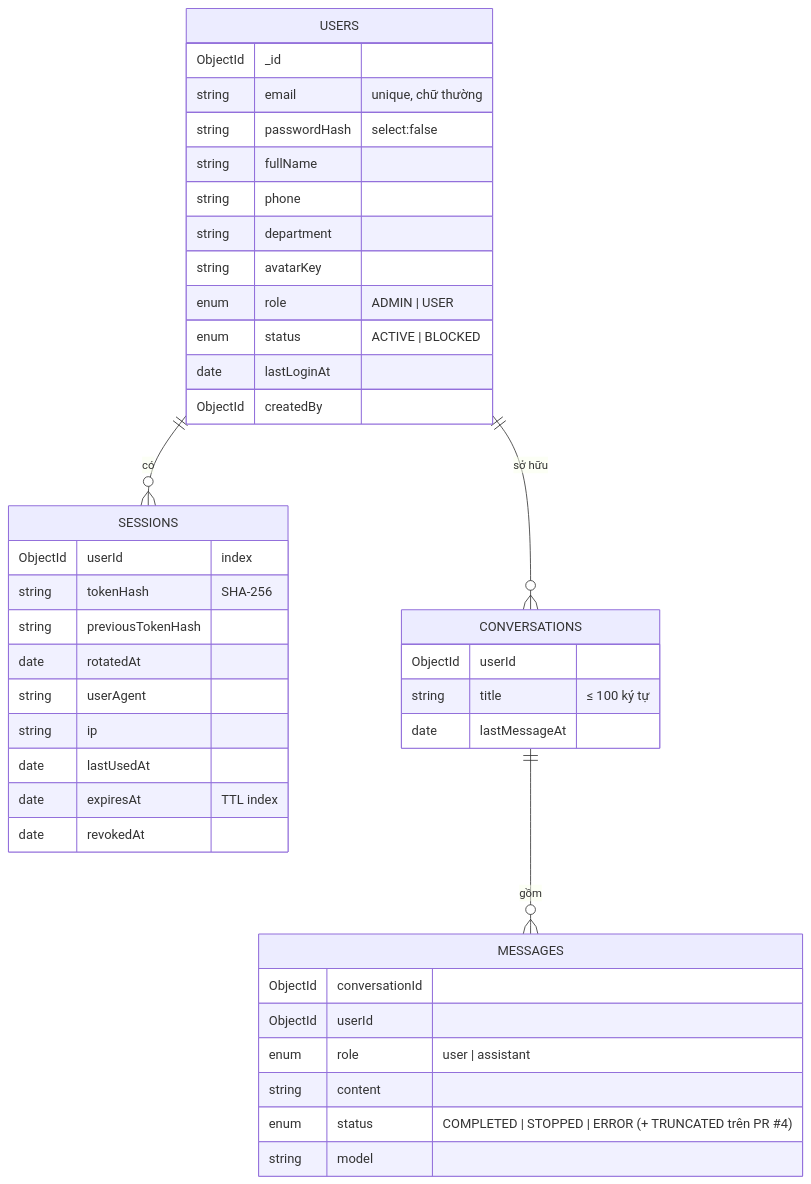
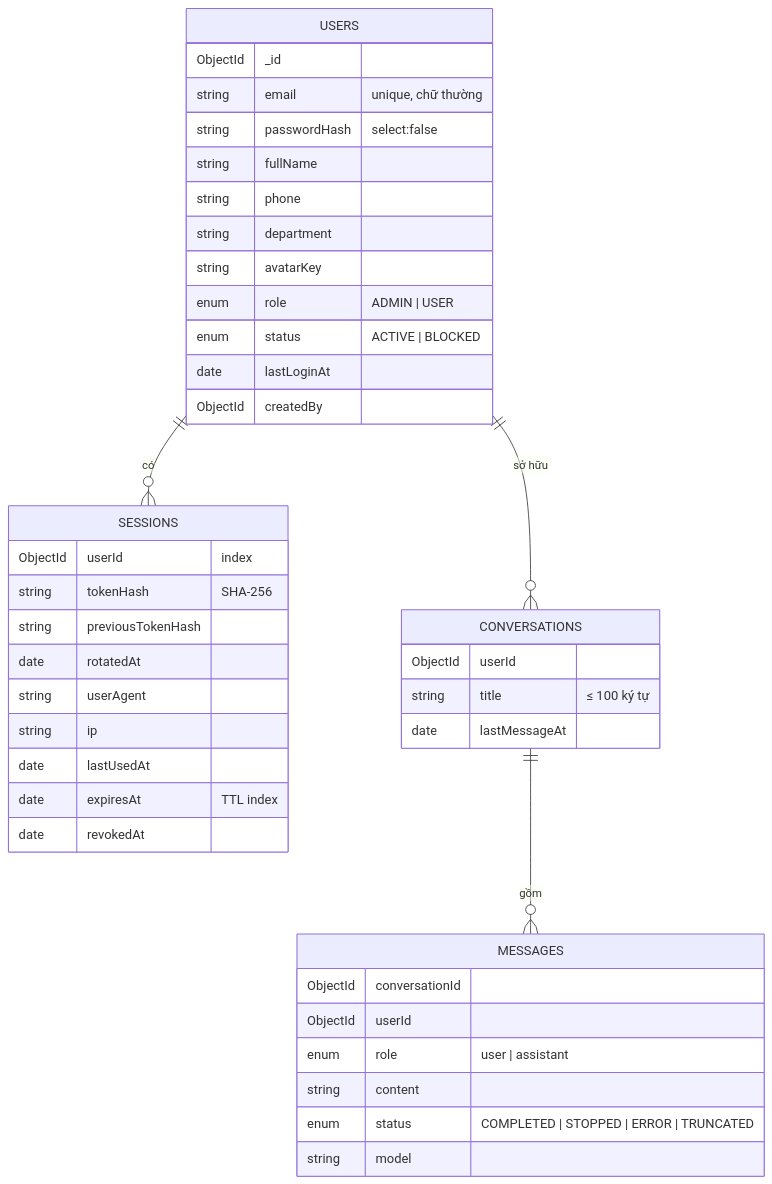
One commit to duong2604/cat_gpt changed the second of 4 diagrams in docs/thesis/02-requirements-and-design.md. Above: the diagram before and after it, drawn with Mermaid. The commit also changed other lines of this file and 9 other files, not shown here.

````diff
--- a/docs/thesis/02-requirements-and-design.md
+++ b/docs/thesis/02-requirements-and-design.md
@@ -108,43 +108,43 @@
 ```mermaid
 erDiagram
   USERS ||--o{ SESSIONS : "có"
   USERS ||--o{ CONVERSATIONS : "sở hữu"
   CONVERSATIONS ||--o{ MESSAGES : "gồm"
   USERS {
     ObjectId _id
     string email "unique, chữ thường"
     string passwordHash "select:false"
     string fullName
     string phone
     string department
     string avatarKey
     enum role "ADMIN | USER"
     enum status "ACTIVE | BLOCKED"
     date lastLoginAt
     ObjectId createdBy
   }
   SESSIONS {
     ObjectId userId "index"
     string tokenHash "SHA-256"
     string previousTokenHash
     date rotatedAt
     string userAgent
     string ip
     date lastUsedAt
     date expiresAt "TTL index"
     date revokedAt
   }
   CONVERSATIONS {
     ObjectId userId
     string title "≤ 100 ký tự"
     date lastMessageAt
   }
   MESSAGES {
     ObjectId conversationId
     ObjectId userId
     enum role "user | assistant"
     string content
-    enum status "COMPLETED | STOPPED | ERROR (+ TRUNCATED trên PR #4)"
+    enum status "COMPLETED | STOPPED | ERROR | TRUNCATED"
     string model
   }
 ```
````
